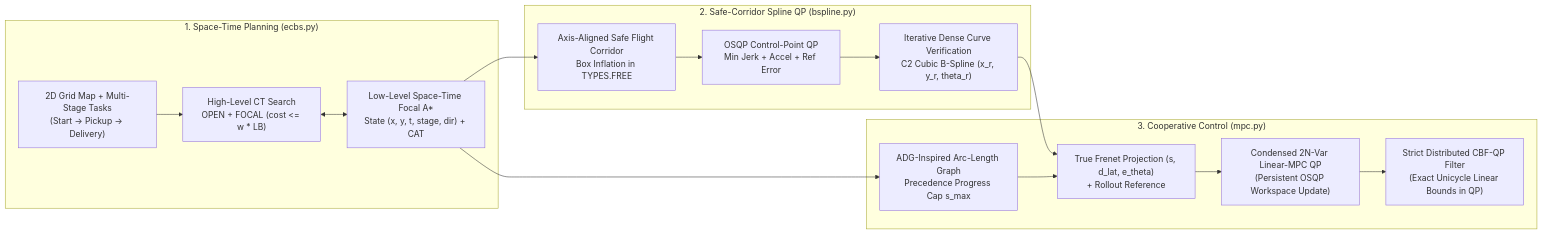
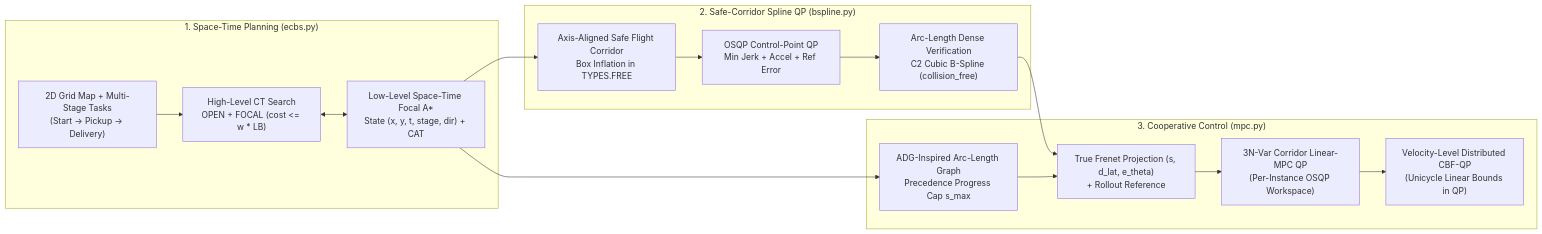
The diagram in README.md (Urami0421/multi-agv-ecbs-consensus-mpc), drawn with Mermaid before and after one commit. The commit also changed other lines of this file and 20 other files, not shown here.

Commit message:
feat(control,mapf): add corridor-constrained MPC, 60s Wilson CI benchmarks, and per-instance OSQP workspaces

````diff
--- a/README.md
+++ b/README.md
@@ -43,21 +50,21 @@
 ```mermaid
 flowchart LR
     subgraph L1["1. Space-Time Planning (ecbs.py)"]
         A1["2D Grid Map + Multi-Stage Tasks\n(Start -> Pickup -> Delivery)"] --> A2["High-Level CT Search\nOPEN + FOCAL (cost <= w * LB)"]
         A2 <--> A3["Low-Level Space-Time Focal A*\nState (x, y, t, stage, dir) + CAT"]
     end
 
     subgraph L2["2. Safe-Corridor Spline QP (bspline.py)"]
         A3 --> B1["Axis-Aligned Safe Flight Corridor\nBox Inflation in TYPES.FREE"]
         B1 --> B2["OSQP Control-Point QP\nMin Jerk + Accel + Ref Error"]
-        B2 --> B3["Iterative Dense Curve Verification\nC2 Cubic B-Spline (x_r, y_r, theta_r)"]
+        B2 --> B3["Arc-Length Dense Verification\nC2 Cubic B-Spline (collision_free)"]
     end
 
     subgraph L3["3. Cooperative Control (mpc.py)"]
         A3 --> C0["ADG-Inspired Arc-Length Graph\nPrecedence Progress Cap s_max"]
         B3 --> C1["True Frenet Projection (s, d_lat, e_theta)\n+ Rollout Reference"]
         C0 --> C1
-        C1 --> C2["Condensed 2N-Var Linear-MPC QP\n(Persistent OSQP Workspace Update)"]
-        C2 --> C3["Strict Distributed CBF-QP Filter\n(Exact Unicycle Linear Bounds in QP)"]
+        C1 --> C2["3N-Var Corridor Linear-MPC QP\n(Per-Instance OSQP Workspace)"]
+        C2 --> C3["Velocity-Level Distributed CBF-QP\n(Unicycle Linear Bounds in QP)"]
     end
 ```
````
